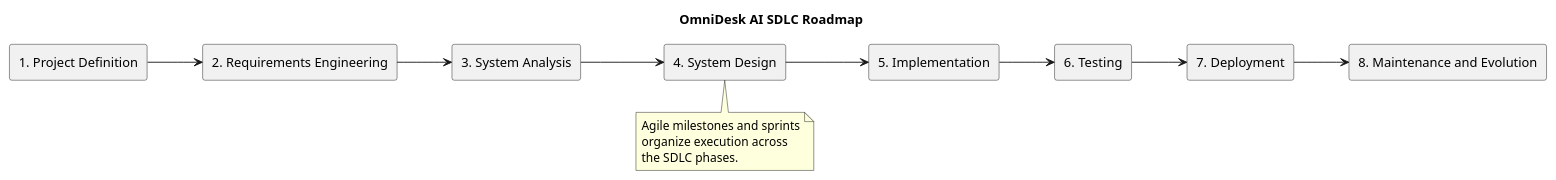
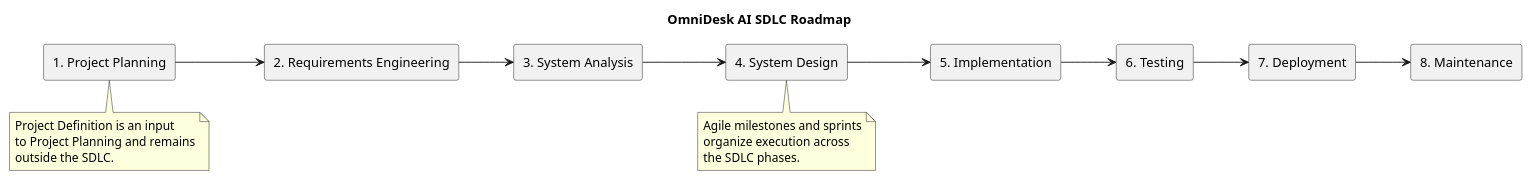
The diagram in docs/Project-Management/diagrams/sdlc-roadmap.puml (Farhad-Valizadegan/Web-OmniDesk), drawn with PlantUML before and after one commit.

Commit message:
docs: update SDLC roadmap diagram source

```diff
--- a/docs/Project-Management/diagrams/sdlc-roadmap.puml
+++ b/docs/Project-Management/diagrams/sdlc-roadmap.puml
@@ -1,30 +1,36 @@
 @startuml
 title OmniDesk AI SDLC Roadmap
 
 left to right direction
 skinparam componentStyle rectangle
 
-rectangle "1. Project Definition" as Definition
+rectangle "1. Project Planning" as Planning
 rectangle "2. Requirements Engineering" as Requirements
 rectangle "3. System Analysis" as Analysis
 rectangle "4. System Design" as Design
 rectangle "5. Implementation" as Implementation
 rectangle "6. Testing" as Testing
 rectangle "7. Deployment" as Deployment
-rectangle "8. Maintenance and Evolution" as Maintenance
+rectangle "8. Maintenance" as Maintenance
 
-Definition --> Requirements
+Planning --> Requirements
 Requirements --> Analysis
 Analysis --> Design
 Design --> Implementation
 Implementation --> Testing
 Testing --> Deployment
 Deployment --> Maintenance
 
 note bottom of Design
 Agile milestones and sprints
 organize execution across
 the SDLC phases.
 end note
 
+note bottom of Planning
+Project Definition is an input
+to Project Planning and remains
+outside the SDLC.
+end note
+
 @enduml
```
